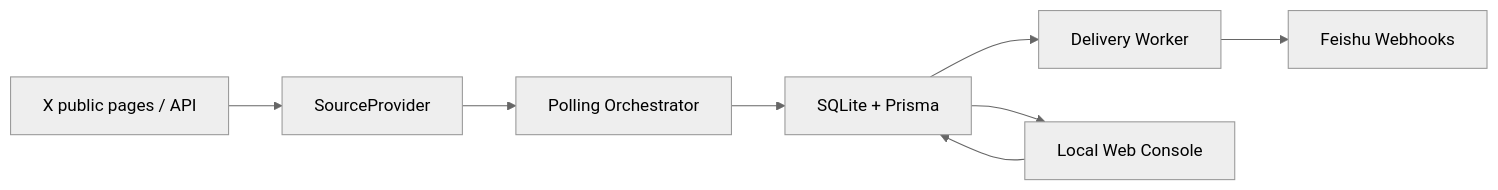
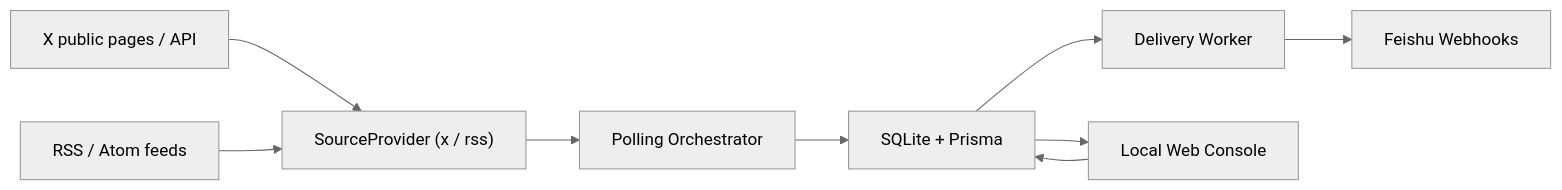
One commit to shi-YangYang/AI-Frontier-Radar changed the diagram in README.md. Above: the diagram before and after it, drawn with Mermaid (neutral theme). The commit also changed other lines of this file and 41 other files, not shown here.

Commit message:
feat：接入 RSS/Atom 订阅源（spec-002，含去重键与抓取代理）

````diff
--- a/README.md
+++ b/README.md
@@ -67,10 +68,11 @@
 ```mermaid
 flowchart LR
-  X["X public pages / API"] --> Source["SourceProvider"]
+  X["X public pages / API"] --> Source["SourceProvider (x / rss)"]
+  RSS["RSS / Atom feeds"] --> Source
   Source --> Polling["Polling Orchestrator"]
   Polling --> SQLite["SQLite + Prisma"]
   SQLite --> Delivery["Delivery Worker"]
   Delivery --> Feishu["Feishu Webhooks"]
   SQLite --> Web["Local Web Console"]
   Web --> SQLite
 ```
````
